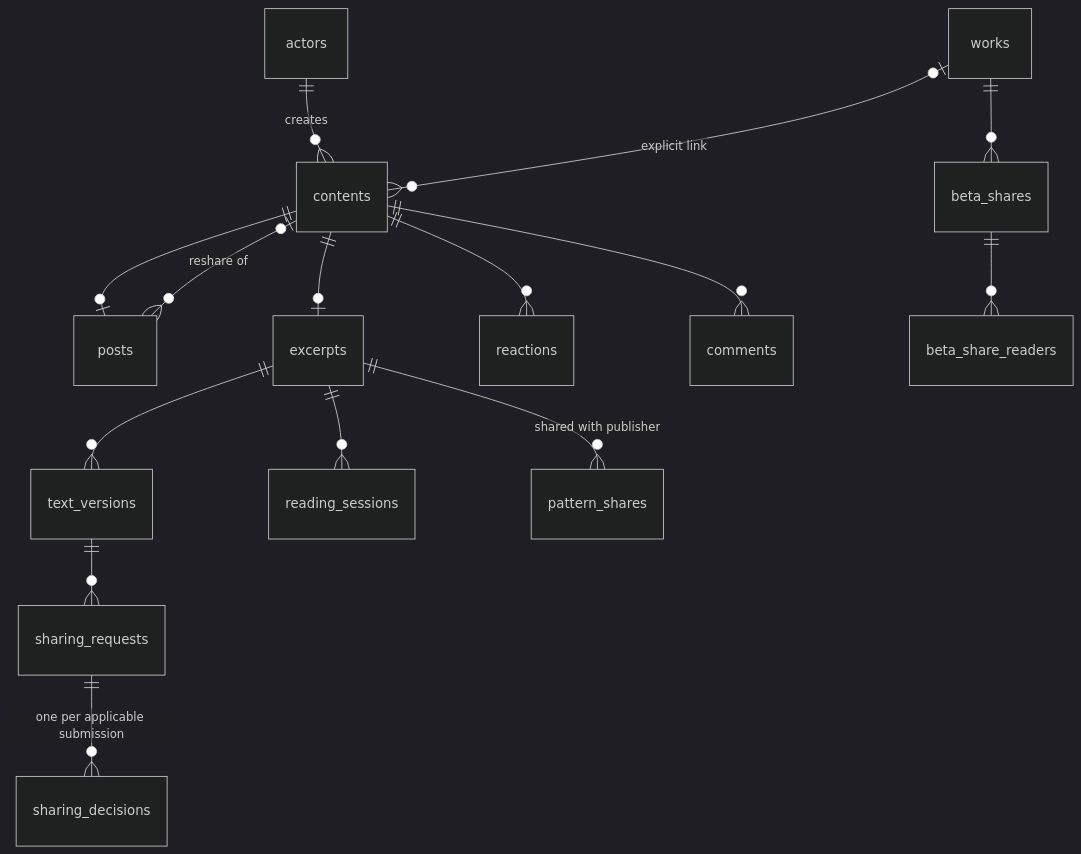
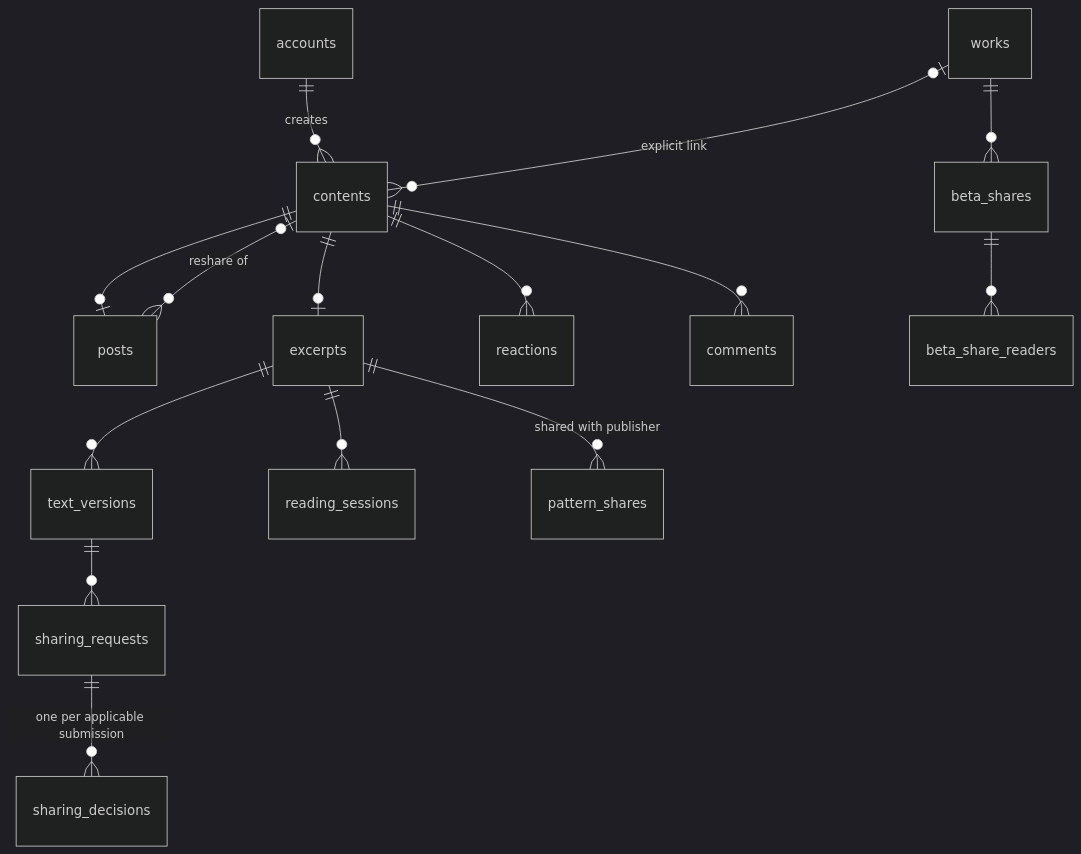
Before and after one commit to AlexiaMaria11/Lisette: the third of 4 diagrams in docs/superpowers/specs/2026-10-21-lisette-database-design.md, drawn with Mermaid (dark theme). The commit also changed other lines of this file and 12 other files, not shown here.

First line of the commit message:
Rewrite delivery plans on the accounts/calls schema and record 2026-10-21 decisions

````diff
--- a/docs/superpowers/specs/2026-10-21-lisette-database-design.md
+++ b/docs/superpowers/specs/2026-10-21-lisette-database-design.md
@@ -134,17 +152,17 @@
 ```mermaid
 erDiagram
-  actors ||--o{ contents : creates
+  accounts ||--o{ contents : creates
   works |o--o{ contents : "explicit link"
   contents ||--o| posts : ""
   contents ||--o| excerpts : ""
   posts }o--o| contents : "reshare of"
   excerpts ||--o{ text_versions : ""
   text_versions ||--o{ sharing_requests : ""
   sharing_requests ||--o{ sharing_decisions : "one per applicable submission"
   contents ||--o{ reactions : ""
   contents ||--o{ comments : ""
   works ||--o{ beta_shares : ""
   beta_shares ||--o{ beta_share_readers : ""
   excerpts ||--o{ reading_sessions : ""
   excerpts ||--o{ pattern_shares : "shared with publisher"
 ```
````
